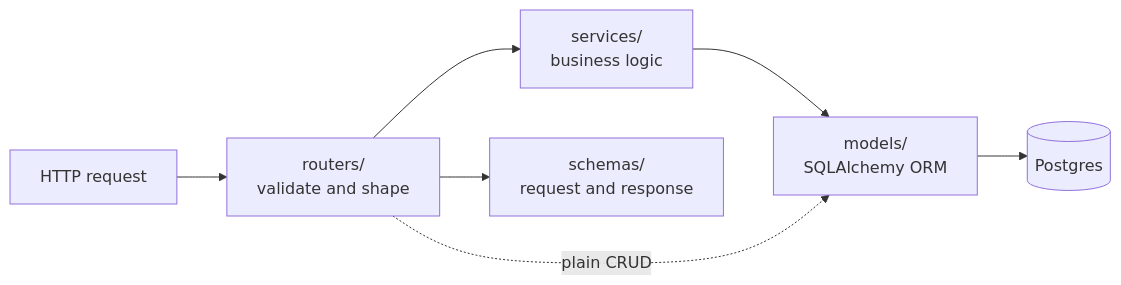
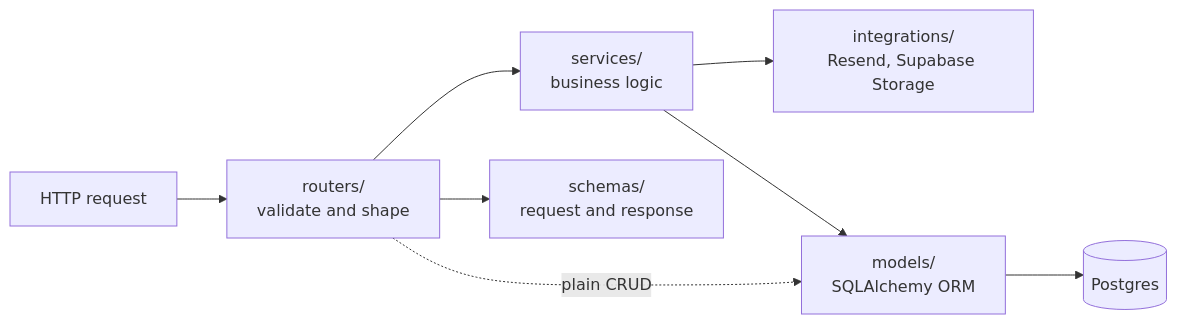
One commit to nikolamirilo/loyalty-engine changed the first of 2 diagrams in api/README.md. Above: the diagram before and after it, drawn with Mermaid. The commit also changed other lines of this file and 56 other files, not shown here.

````diff
--- a/api/README.md
+++ b/api/README.md
@@ -32,9 +32,10 @@
 ```mermaid
 flowchart LR
     HTTP["HTTP request"] --> R["routers/<br/>validate and shape"]
     R --> S["services/<br/>business logic"]
+    S --> I["integrations/<br/>Resend, Supabase Storage"]
     S --> M["models/<br/>SQLAlchemy ORM"]
     M --> DB[("Postgres")]
     R -.->|"plain CRUD"| M
     R --> Sch["schemas/<br/>request and response"]
 ```
````
